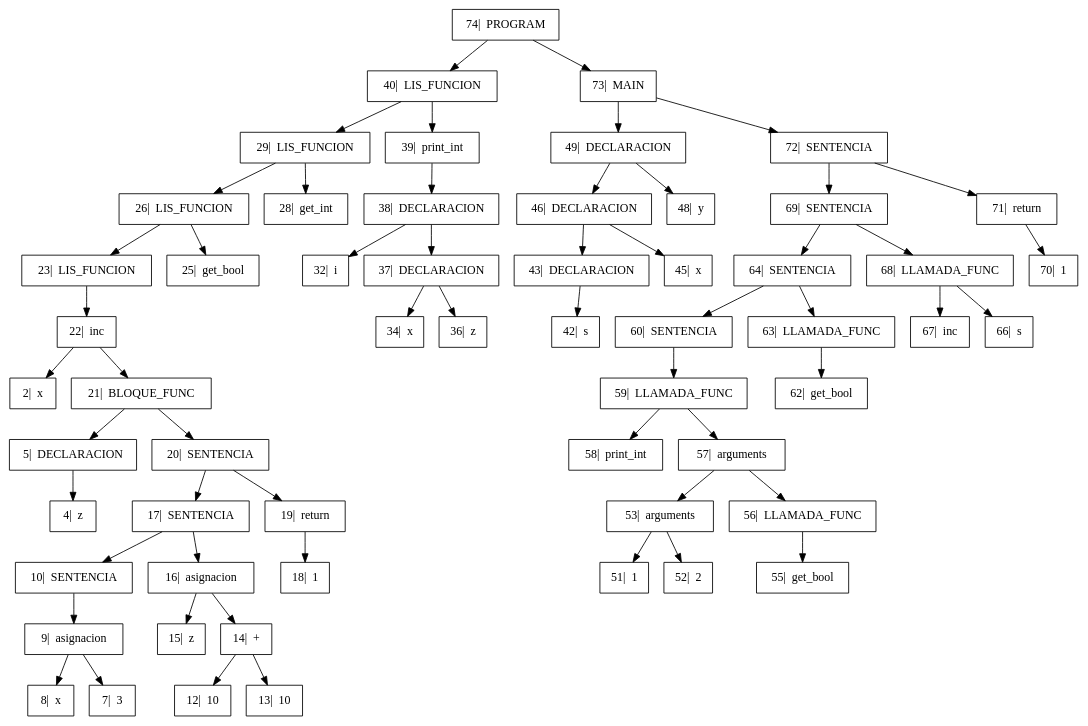
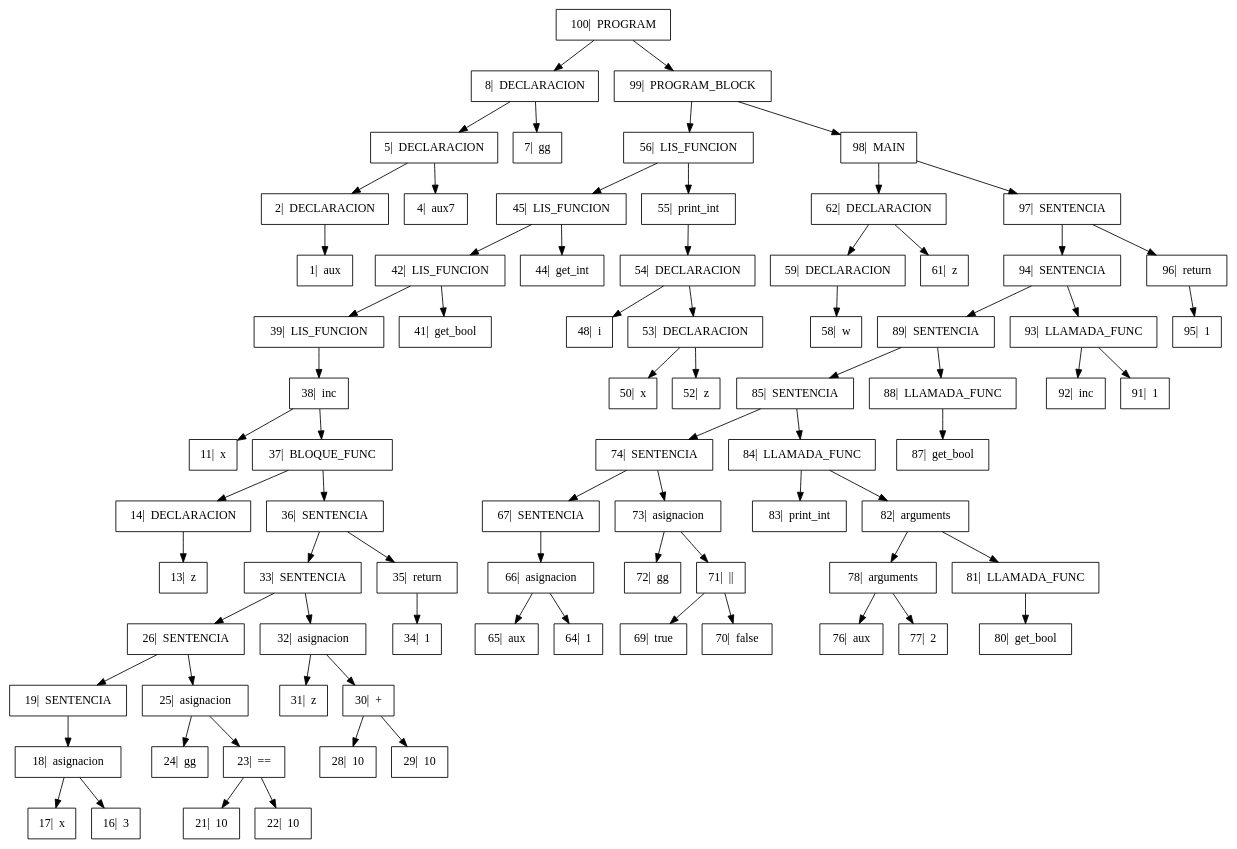
Before and after one commit to GiovA07/PRE-PROYECTO-COMPILADORES: the diagram in Proyecto/output/Arbol.dot, drawn with Graphviz. The commit also changed 8 other files, not shown here.

```diff
--- a/Proyecto/output/Arbol.dot
+++ b/Proyecto/output/Arbol.dot
@@ -1,39 +1,50 @@
 digraph{
 
 rankdir=TB;
 
 node[shape=box];
-"74|  PROGRAM" -> "40|  LIS_FUNCION", "73|  MAIN";
-"40|  LIS_FUNCION" -> "29|  LIS_FUNCION", "39|  print_int";
-"29|  LIS_FUNCION" -> "26|  LIS_FUNCION", "28|  get_int";
-"26|  LIS_FUNCION" -> "23|  LIS_FUNCION", "25|  get_bool";
-"23|  LIS_FUNCION" -> "22|  inc" ;
-"22|  inc" -> "2|  x", "21|  BLOQUE_FUNC";
-"21|  BLOQUE_FUNC" -> "5|  DECLARACION", "20|  SENTENCIA";
-"5|  DECLARACION" -> "4|  z" ;
-"20|  SENTENCIA" -> "17|  SENTENCIA", "19|  return";
-"17|  SENTENCIA" -> "10|  SENTENCIA", "16|  asignacion";
-"10|  SENTENCIA" -> "9|  asignacion" ;
-"9|  asignacion" -> "8|  x", "7|  3";
-"16|  asignacion" -> "15|  z", "14|  +";
-"14|  +" -> "12|  10", "13|  10";
-"19|  return" -> "18|  1" ;
-"39|  print_int" -> "38|  DECLARACION" ;
-"38|  DECLARACION" -> "32|  i", "37|  DECLARACION";
-"37|  DECLARACION" -> "34|  x", "36|  z";
-"73|  MAIN" -> "49|  DECLARACION", "72|  SENTENCIA";
-"49|  DECLARACION" -> "46|  DECLARACION", "48|  y";
-"46|  DECLARACION" -> "43|  DECLARACION", "45|  x";
-"43|  DECLARACION" -> "42|  s" ;
-"72|  SENTENCIA" -> "69|  SENTENCIA", "71|  return";
-"69|  SENTENCIA" -> "64|  SENTENCIA", "68|  LLAMADA_FUNC";
-"64|  SENTENCIA" -> "60|  SENTENCIA", "63|  LLAMADA_FUNC";
-"60|  SENTENCIA" -> "59|  LLAMADA_FUNC" ;
-"59|  LLAMADA_FUNC" -> "58|  print_int", "57|  arguments";
-"57|  arguments" -> "53|  arguments", "56|  LLAMADA_FUNC";
-"53|  arguments" -> "51|  1", "52|  2";
-"56|  LLAMADA_FUNC" -> "55|  get_bool" ;
-"63|  LLAMADA_FUNC" -> "62|  get_bool" ;
-"68|  LLAMADA_FUNC" -> "67|  inc", "66|  s";
-"71|  return" -> "70|  1" ;
+"100|  PROGRAM" -> "8|  DECLARACION", "99|  PROGRAM_BLOCK";
+"8|  DECLARACION" -> "5|  DECLARACION", "7|  gg";
+"5|  DECLARACION" -> "2|  DECLARACION", "4|  aux7";
+"2|  DECLARACION" -> "1|  aux" ;
+"99|  PROGRAM_BLOCK" -> "56|  LIS_FUNCION", "98|  MAIN";
+"56|  LIS_FUNCION" -> "45|  LIS_FUNCION", "55|  print_int";
+"45|  LIS_FUNCION" -> "42|  LIS_FUNCION", "44|  get_int";
+"42|  LIS_FUNCION" -> "39|  LIS_FUNCION", "41|  get_bool";
+"39|  LIS_FUNCION" -> "38|  inc" ;
+"38|  inc" -> "11|  x", "37|  BLOQUE_FUNC";
+"37|  BLOQUE_FUNC" -> "14|  DECLARACION", "36|  SENTENCIA";
+"14|  DECLARACION" -> "13|  z" ;
+"36|  SENTENCIA" -> "33|  SENTENCIA", "35|  return";
+"33|  SENTENCIA" -> "26|  SENTENCIA", "32|  asignacion";
+"26|  SENTENCIA" -> "19|  SENTENCIA", "25|  asignacion";
+"19|  SENTENCIA" -> "18|  asignacion" ;
+"18|  asignacion" -> "17|  x", "16|  3";
+"25|  asignacion" -> "24|  gg", "23|  ==";
+"23|  ==" -> "21|  10", "22|  10";
+"32|  asignacion" -> "31|  z", "30|  +";
+"30|  +" -> "28|  10", "29|  10";
+"35|  return" -> "34|  1" ;
+"55|  print_int" -> "54|  DECLARACION" ;
+"54|  DECLARACION" -> "48|  i", "53|  DECLARACION";
+"53|  DECLARACION" -> "50|  x", "52|  z";
+"98|  MAIN" -> "62|  DECLARACION", "97|  SENTENCIA";
+"62|  DECLARACION" -> "59|  DECLARACION", "61|  z";
+"59|  DECLARACION" -> "58|  w" ;
+"97|  SENTENCIA" -> "94|  SENTENCIA", "96|  return";
+"94|  SENTENCIA" -> "89|  SENTENCIA", "93|  LLAMADA_FUNC";
+"89|  SENTENCIA" -> "85|  SENTENCIA", "88|  LLAMADA_FUNC";
+"85|  SENTENCIA" -> "74|  SENTENCIA", "84|  LLAMADA_FUNC";
+"74|  SENTENCIA" -> "67|  SENTENCIA", "73|  asignacion";
+"67|  SENTENCIA" -> "66|  asignacion" ;
+"66|  asignacion" -> "65|  aux", "64|  1";
+"73|  asignacion" -> "72|  gg", "71|  ||";
+"71|  ||" -> "69|  true", "70|  false";
+"84|  LLAMADA_FUNC" -> "83|  print_int", "82|  arguments";
+"82|  arguments" -> "78|  arguments", "81|  LLAMADA_FUNC";
+"78|  arguments" -> "76|  aux", "77|  2";
+"81|  LLAMADA_FUNC" -> "80|  get_bool" ;
+"88|  LLAMADA_FUNC" -> "87|  get_bool" ;
+"93|  LLAMADA_FUNC" -> "92|  inc", "91|  1";
+"96|  return" -> "95|  1" ;
 }
```
